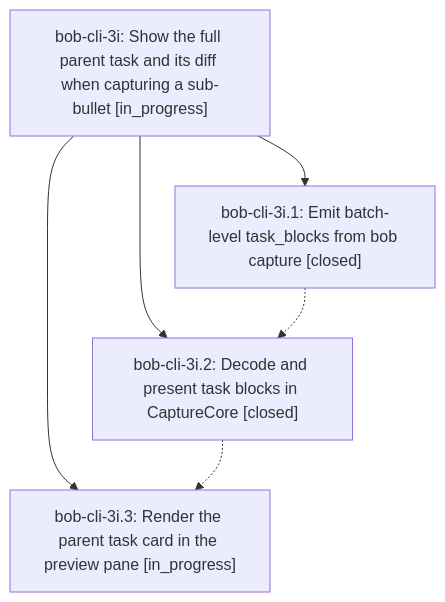
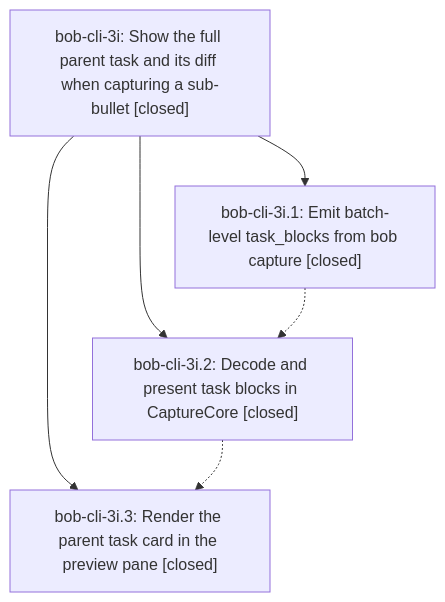
Before and after one commit to bobs-org/bob-cli--beads: the diagram in pages/bob-cli-3i/README.md, drawn with Mermaid. The commit also changed other lines of this file and 2 other files, not shown here.

First line of the commit message:
chore(beads): sync bead state and pages for bob-cli-3i

````diff
--- a/pages/bob-cli-3i/README.md
+++ b/pages/bob-cli-3i/README.md
@@ -24,12 +30,12 @@
 ```mermaid
 flowchart TD
-    n0["bob-cli-3i: Show the full parent task and its diff when capturing a sub-bullet [in_progress]"]
+    n0["bob-cli-3i: Show the full parent task and its diff when capturing a sub-bullet [closed]"]
     n1["bob-cli-3i.1: Emit batch-level task_blocks from bob capture [closed]"]
     n2["bob-cli-3i.2: Decode and present task blocks in CaptureCore [closed]"]
-    n3["bob-cli-3i.3: Render the parent task card in the preview pane [in_progress]"]
+    n3["bob-cli-3i.3: Render the parent task card in the preview pane [closed]"]
     n0 --> n1
     n0 --> n2
     n0 --> n3
     n1 -.-> n2
     n2 -.-> n3
 ```
````
